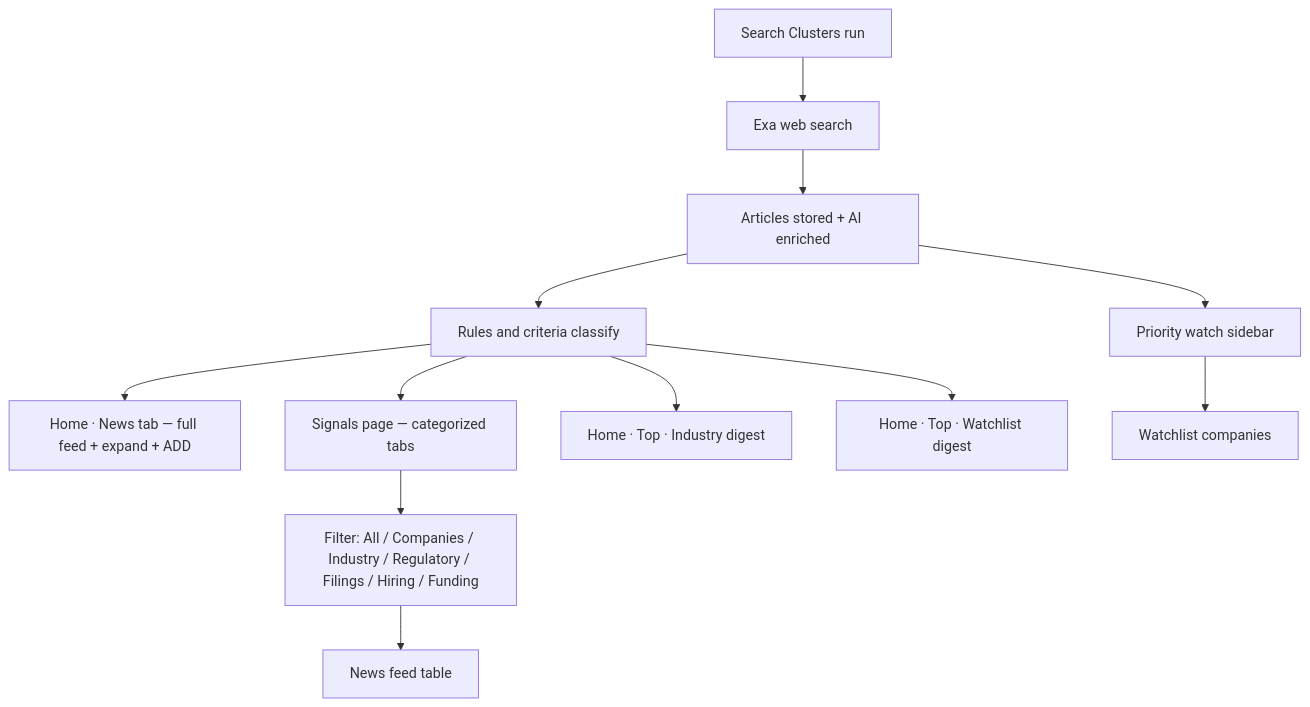
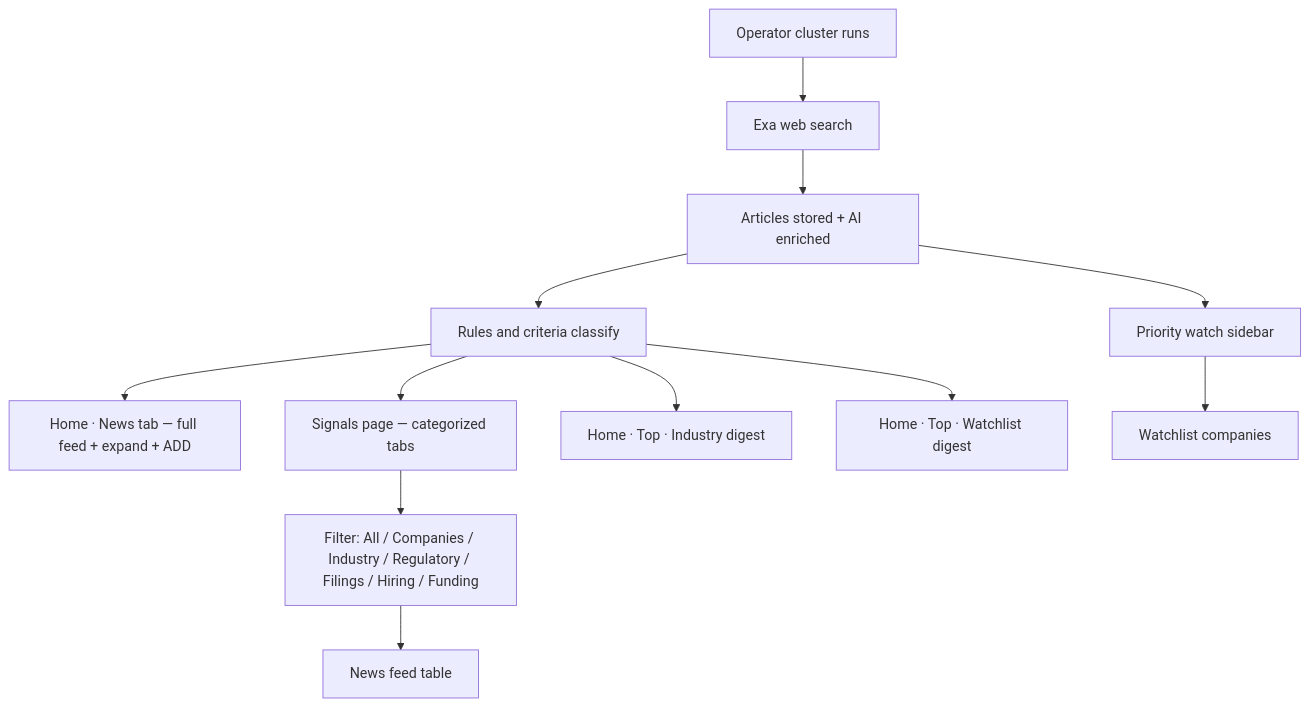
The fourth of 8 diagrams in docs/phase-1/P1-01-user.md (Growth-Maschine/NORAD-INTEL-ENGINE-V1), drawn with Mermaid before and after one commit. The commit also changed other lines of this file and 9 other files, not shown here.

````diff
--- a/docs/phase-1/P1-01-user.md
+++ b/docs/phase-1/P1-01-user.md
@@ -444,16 +443,16 @@
 ```mermaid
 flowchart TD
-    CLUSTERS[Search Clusters run] --> EXA[Exa web search]
+    CLUSTERS[Operator cluster runs] --> EXA[Exa web search]
     EXA --> STORE[Articles stored + AI enriched]
     STORE --> RULES[Rules and criteria classify]
 
     RULES --> NEWS[Home · News tab — full feed + expand + ADD]
     RULES --> SIGNALS[Signals page — categorized tabs]
     RULES --> TOP_IND[Home · Top · Industry digest]
     RULES --> TOP_WL[Home · Top · Watchlist digest]
 
     SIGNALS --> TABS[Filter: All / Companies / Industry / Regulatory / Filings / Hiring / Funding]
     TABS --> TABLE[News feed table]
     STORE --> PW[Priority watch sidebar]
     PW --> WL_COMP[Watchlist companies]
 ```
````
